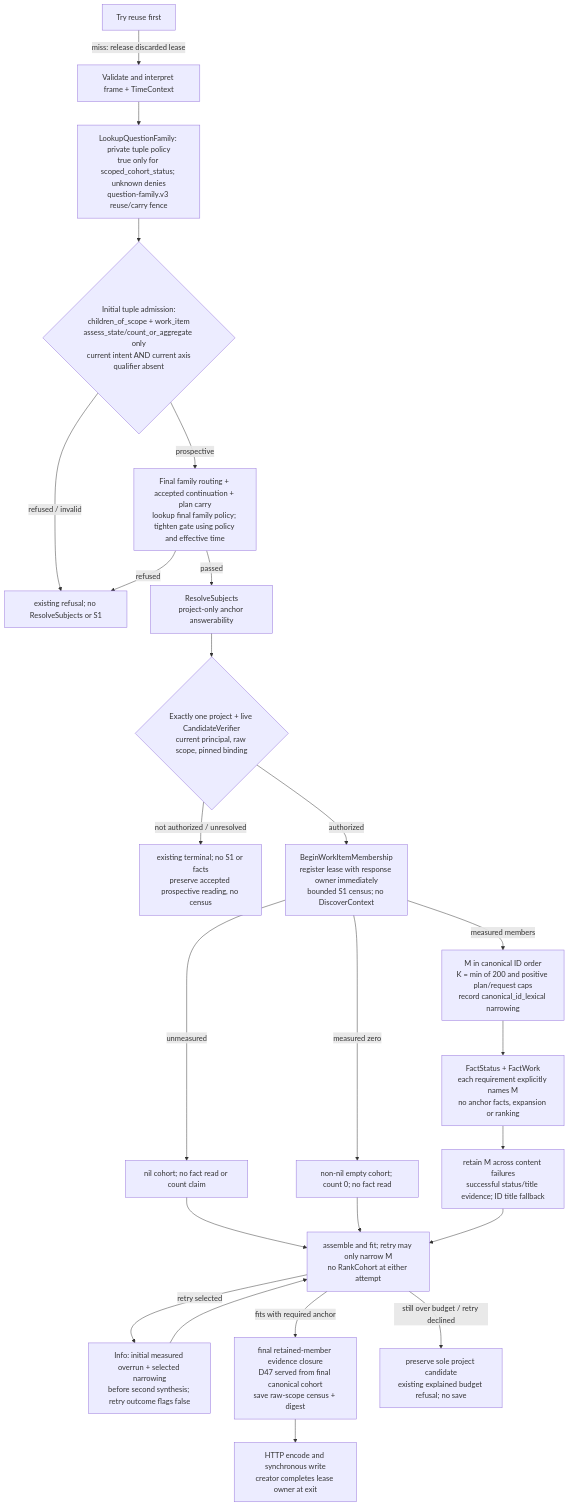
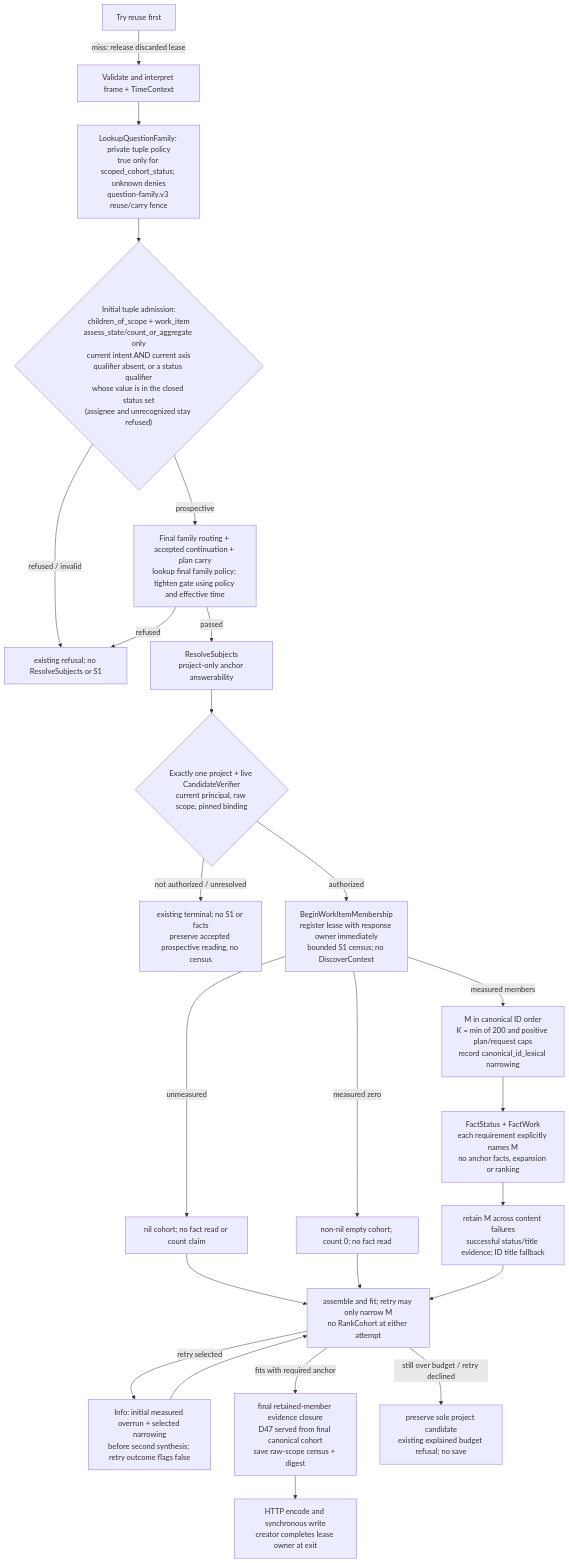
One commit to full-chaos/dev-health-acr changed diagram 24 of 24 in docs/design/context-fabric-architecture-diagrams.md. Above: the diagram before and after it, drawn with Mermaid. The commit also changed other lines of this file and 19 other files, not shown here.

First line of the commit message:
feat(contextfabric): serve work-item members filtered by status

````diff
--- a/docs/design/context-fabric-architecture-diagrams.md
+++ b/docs/design/context-fabric-architecture-diagrams.md
@@ -2626,26 +2626,26 @@
 ```mermaid
 flowchart TD
   REUSE["Try reuse first"] -->|"miss: release discarded lease"| INTERPRET["Validate and interpret frame + TimeContext"]
   INTERPRET --> POLICY["LookupQuestionFamily: private tuple policy<br/>true only for scoped_cohort_status; unknown denies<br/>question-family.v3 reuse/carry fence"]
-  POLICY --> INITIAL{"Initial tuple admission:<br/>children_of_scope + work_item<br/>assess_state/count_or_aggregate only<br/>current intent AND current axis<br/>qualifier absent"}
+  POLICY --> INITIAL{"Initial tuple admission:<br/>children_of_scope + work_item<br/>assess_state/count_or_aggregate only<br/>current intent AND current axis<br/>qualifier absent, or a status qualifier<br/>whose value is in the closed status set<br/>(assignee and unrecognized stay refused)"}
   INITIAL -->|"refused / invalid"| REFUSE["existing refusal; no ResolveSubjects or S1"]
   INITIAL -->|"prospective"| FINAL["Final family routing + accepted continuation + plan carry<br/>lookup final family policy; tighten gate using policy and effective time"]
   FINAL -->|"refused"| REFUSE
   FINAL -->|"passed"| RESOLVE["ResolveSubjects<br/>project-only anchor answerability"]
   RESOLVE --> AUTH{"Exactly one project + live CandidateVerifier<br/>current principal, raw scope, pinned binding"}
   AUTH -->|"not authorized / unresolved"| TERMINAL["existing terminal; no S1 or facts<br/>preserve accepted prospective reading, no census"]
   AUTH -->|"authorized"| S1["BeginWorkItemMembership<br/>register lease with response owner immediately<br/>bounded S1 census; no DiscoverContext"]
   S1 -->|"unmeasured"| UNKNOWN["nil cohort; no fact read or count claim"]
   S1 -->|"measured zero"| ZERO["non-nil empty cohort; count 0; no fact read"]
   S1 -->|"measured members"| RETAIN["M in canonical ID order<br/>K = min of 200 and positive plan/request caps<br/>record canonical_id_lexical narrowing"]
   RETAIN --> CONTENT["FactStatus + FactWork<br/>each requirement explicitly names M<br/>no anchor facts, expansion or ranking"]
   CONTENT --> PARTIAL["retain M across content failures<br/>successful status/title evidence; ID title fallback"]
   UNKNOWN --> ASSEMBLE
   ZERO --> ASSEMBLE
   PARTIAL --> ASSEMBLE["assemble and fit; retry may only narrow M<br/>no RankCohort at either attempt"]
   ASSEMBLE -->|"retry selected"| SELECT["Info: initial measured overrun + selected narrowing<br/>before second synthesis; retry outcome flags false"]
   SELECT --> ASSEMBLE
   ASSEMBLE -->|"fits with required anchor"| SAVE["final retained-member evidence closure<br/>D47 served from final canonical cohort<br/>save raw-scope census + digest"]
   ASSEMBLE -->|"still over budget / retry declined"| BUDGET["preserve sole project candidate<br/>existing explained budget refusal; no save"]
   SAVE --> WRITE["HTTP encode and synchronous write<br/>creator completes lease owner at exit"]
 ```
````
